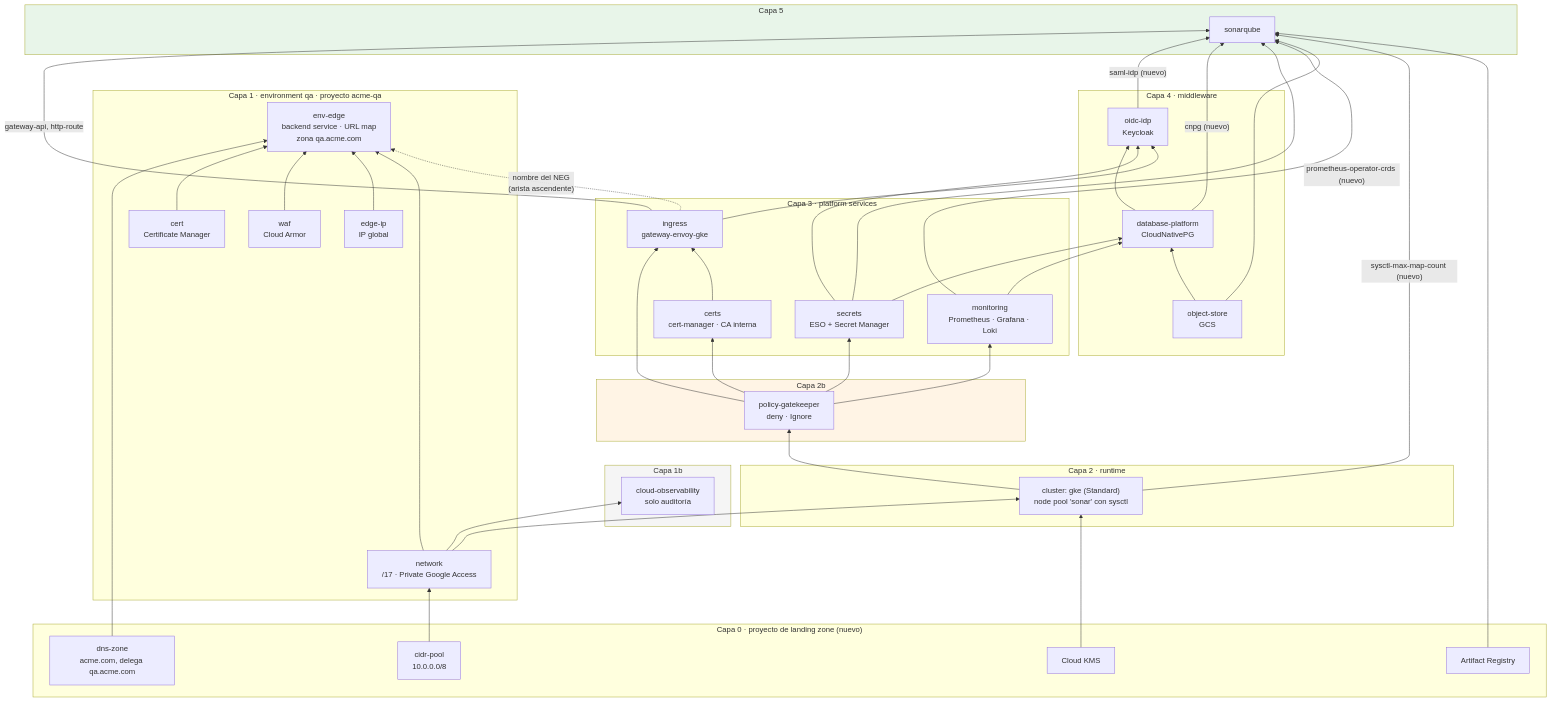
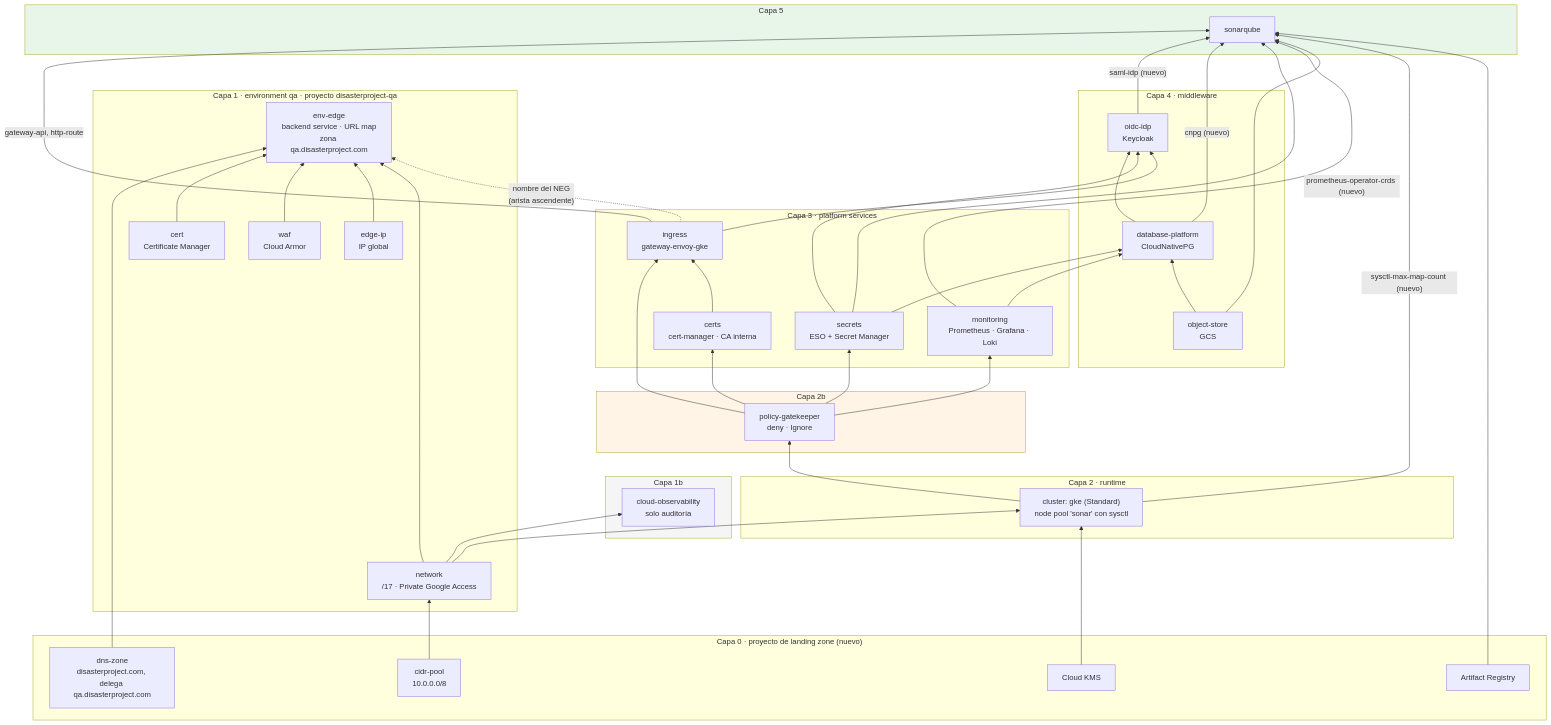
One commit to aescanero/proposal_documents changed the diagram in docs/proposals/sonarqube-qa/diagrams/02-capas-dependencias.mmd. Above: the diagram before and after it, drawn with Mermaid. The commit also changed 21 other files, not shown here.

First line of the commit message:
Rename example organisation: acme.com -> disasterproject.com, acme -> disasterproject

```diff
--- a/docs/proposals/sonarqube-qa/diagrams/02-capas-dependencias.mmd
+++ b/docs/proposals/sonarqube-qa/diagrams/02-capas-dependencias.mmd
@@ -1,70 +1,70 @@
 flowchart BT
     subgraph L0["Capa 0 · proyecto de landing zone (nuevo)"]
-        DZ["dns-zone<br/>acme.com, delega qa.acme.com"]
+        DZ["dns-zone<br/>disasterproject.com, delega qa.disasterproject.com"]
         CP["cidr-pool<br/>10.0.0.0/8"]
         KMS["Cloud KMS"]
         AR["Artifact Registry"]
     end
-    subgraph L1["Capa 1 · environment qa · proyecto acme-qa"]
+    subgraph L1["Capa 1 · environment qa · proyecto disasterproject-qa"]
         NET["network<br/>/17 · Private Google Access"]
         CERT["cert<br/>Certificate Manager"]
         WAF["waf<br/>Cloud Armor"]
         EIP["edge-ip<br/>IP global"]
-        EE["env-edge<br/>backend service · URL map<br/>zona qa.acme.com"]
+        EE["env-edge<br/>backend service · URL map<br/>zona qa.disasterproject.com"]
     end
     subgraph L1B["Capa 1b"]
         CO["cloud-observability<br/>solo auditoría"]
     end
     subgraph L2["Capa 2 · runtime"]
         CL["cluster: gke (Standard)<br/>node pool 'sonar' con sysctl"]
     end
     subgraph L2B["Capa 2b"]
         POL["policy-gatekeeper<br/>deny · Ignore"]
     end
     subgraph L3["Capa 3 · platform services"]
         ING["ingress<br/>gateway-envoy-gke"]
         CRT["certs<br/>cert-manager · CA interna"]
         SEC["secrets<br/>ESO + Secret Manager"]
         MONI["monitoring<br/>Prometheus · Grafana · Loki"]
     end
     subgraph L4["Capa 4 · middleware"]
         DBP["database-platform<br/>CloudNativePG"]
         IDP["oidc-idp<br/>Keycloak"]
         OBJS["object-store<br/>GCS"]
     end
     subgraph L5["Capa 5"]
         SQ["sonarqube"]
     end
 
     CP --> NET
     NET --> CO
     NET --> CL
     DZ --> EE
     CERT --> EE
     WAF --> EE
     EIP --> EE
     NET --> EE
     CL --> POL
     POL --> ING & CRT & SEC & MONI
     KMS --> CL
     CRT --> ING
     ING -. "nombre del NEG<br/>(arista ascendente)" .-> EE
     SEC --> DBP
     OBJS --> DBP
     MONI --> DBP
     DBP --> IDP
     SEC --> IDP
     ING --> IDP
 
     ING -->|"gateway-api, http-route"| SQ
     IDP -->|"saml-idp (nuevo)"| SQ
     DBP -->|"cnpg (nuevo)"| SQ
     SEC --> SQ
     MONI -->|"prometheus-operator-crds (nuevo)"| SQ
     OBJS --> SQ
     CL -->|"sysctl-max-map-count (nuevo)"| SQ
     AR --> SQ
 
     style L2B fill:#fff4e5
     style L5 fill:#e8f5e9
     style L1B fill:#f5f5f5
```
